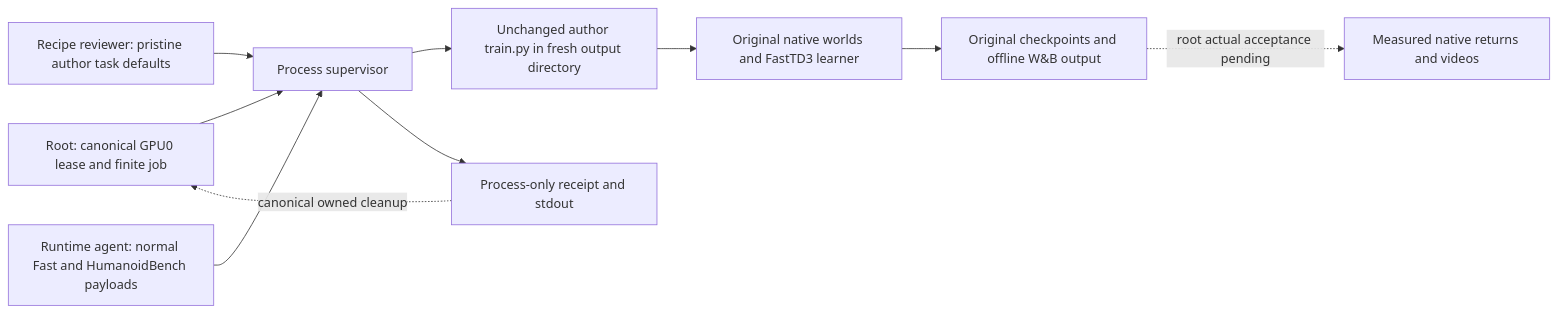
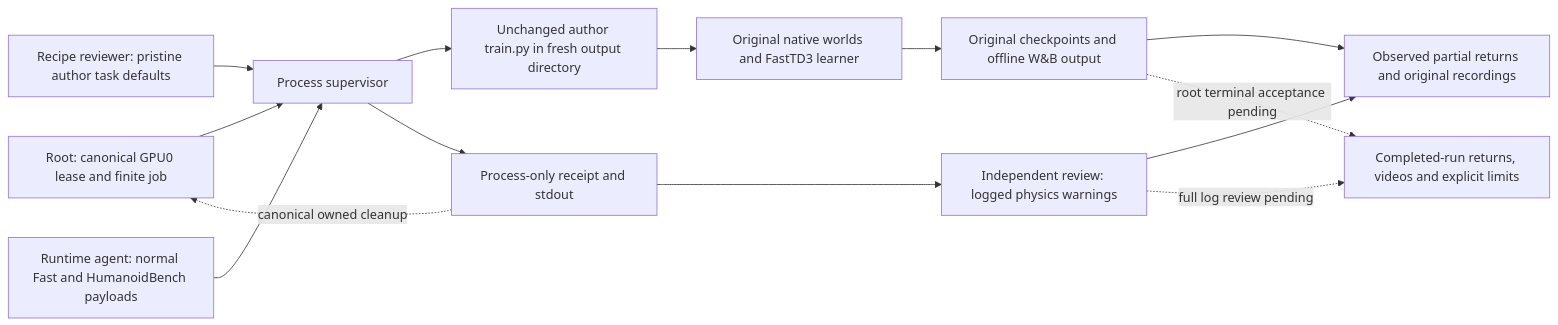
The diagram in docs/bench/FASTTD3_ORIGINAL_PROGRAM.mmd (aditya9729/abc), drawn with Mermaid before and after one commit. The commit also changed 2 other files, not shown here.

Commit message:
Report original FastTD3 reference gap and simulator recovery limits

```diff
--- a/docs/bench/FASTTD3_ORIGINAL_PROGRAM.mmd
+++ b/docs/bench/FASTTD3_ORIGINAL_PROGRAM.mmd
@@ -1,10 +1,14 @@
 flowchart LR
   R[Root: canonical GPU0 lease and finite job] --> S[Process supervisor]
   A[Recipe reviewer: pristine author task defaults] --> S
   P[Runtime agent: normal Fast and HumanoidBench payloads] --> S
   S --> C[Unchanged author train.py in fresh output directory]
   C --> W[Original native worlds and FastTD3 learner]
   W --> O[Original checkpoints and offline W&B output]
   S --> E[Process-only receipt and stdout]
-  O -. root actual acceptance pending .-> V[Measured native returns and videos]
+  O --> L[Observed partial returns and original recordings]
+  E --> D[Independent review: logged physics warnings]
+  D --> L
+  O -. root terminal acceptance pending .-> V[Completed-run returns, videos and explicit limits]
+  D -. full log review pending .-> V
   E -. canonical owned cleanup .-> R
```
